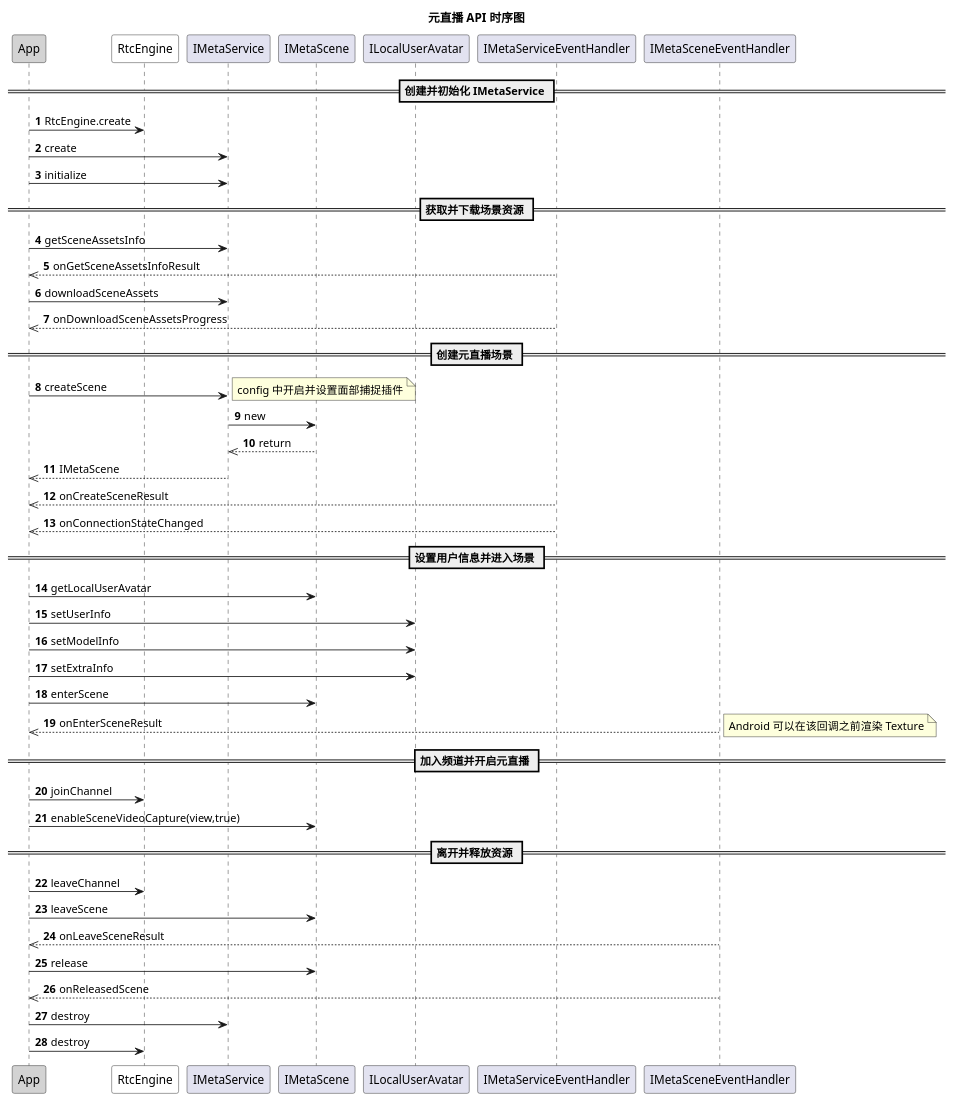
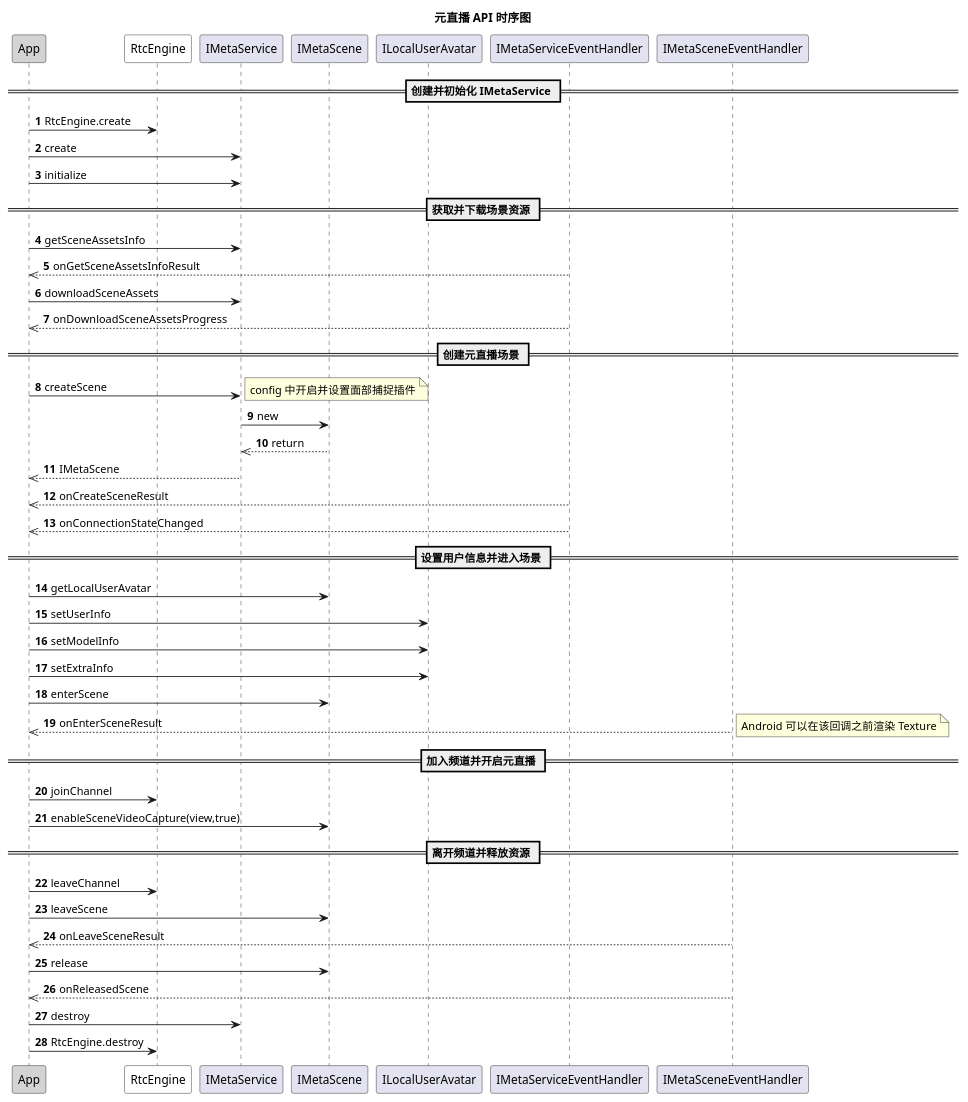
One commit to AgoraIO/agora_doc_source changed the diagram in markdown/metaworld/pic/android_ml_api.wsd. Above: the diagram before and after it, drawn with PlantUML. The commit also changed 6 other files, not shown here.

```diff
--- a/markdown/metaworld/pic/android_ml_api.wsd
+++ b/markdown/metaworld/pic/android_ml_api.wsd
@@ -1,51 +1,51 @@
 @startuml
 autonumber
 title 元直播 API 时序图
 participant "App" as app #LightGrey
 participant "RtcEngine" as rtc #White
 participant "IMetaService" as service
 participant "IMetaScene" as scene
 participant "ILocalUserAvatar" as avatar
 participant "IMetaServiceEventHandler" as serviceevent
 participant "IMetaSceneEventHandler" as sceneevent
 == 创建并初始化 IMetaService ==
 app -> rtc: RtcEngine.create
 app -> service: create
 app -> service: initialize
 == 获取并下载场景资源 ==
 app -> service: getSceneAssetsInfo
 serviceevent -->> app: onGetSceneAssetsInfoResult
 app -> service: downloadSceneAssets
 serviceevent -->> app: onDownloadSceneAssetsProgress
 == 创建元直播场景 ==
 app -> service: createScene
 note right
 config 中开启并设置面部捕捉插件
 end note
 service -> scene: new
 scene -->> service: return
 service -->> app: IMetaScene
 serviceevent -->> app: onCreateSceneResult
 serviceevent -->> app: onConnectionStateChanged
 == 设置用户信息并进入场景 ==
 app -> scene: getLocalUserAvatar
 app -> avatar: setUserInfo
 app -> avatar: setModelInfo
 app -> avatar: setExtraInfo
 app -> scene: enterScene
 sceneevent -->> app: onEnterSceneResult
 note right
 Android 可以在该回调之前渲染 Texture
 end note
 == 加入频道并开启元直播 ==
 app -> rtc: joinChannel
 app -> scene: enableSceneVideoCapture(view,true)
-== 离开并释放资源 ==
+== 离开频道并释放资源 ==
 app -> rtc: leaveChannel
 app -> scene: leaveScene
 sceneevent -->> app: onLeaveSceneResult
 app -> scene: release
 sceneevent -->> app: onReleasedScene
 app -> service: destroy
-app -> rtc: destroy
+app -> rtc: RtcEngine.destroy
 @enduml
```
